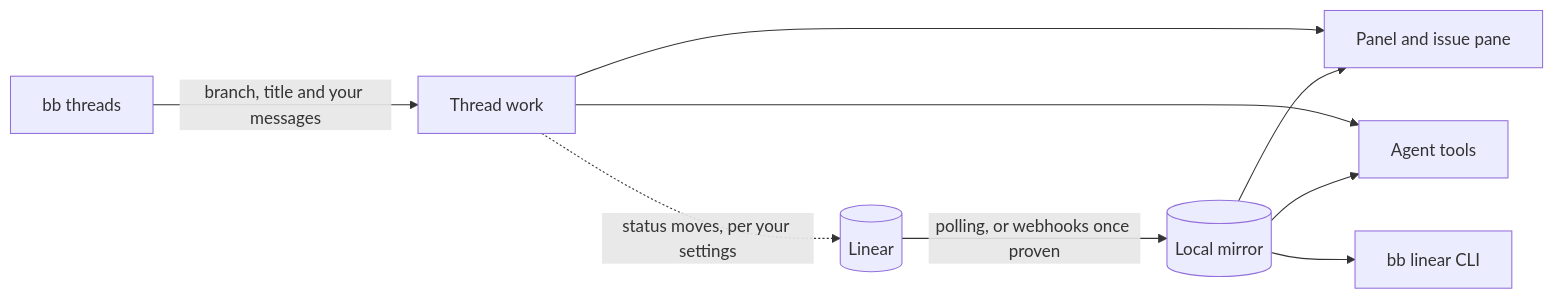
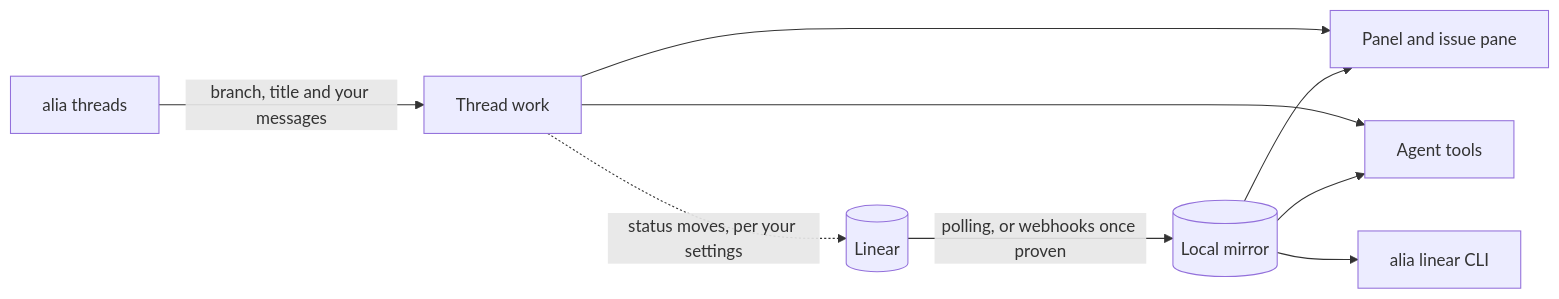
One commit to Vesnalia/vesnalia-plugins changed the diagram in plugins/linear/README.md. Above: the diagram before and after it, drawn with Mermaid. The commit also changed other lines of this file and 13306 other files, not shown here.

````diff
--- a/plugins/linear/README.md
+++ b/plugins/linear/README.md
@@ -222,11 +222,11 @@
 ```mermaid
 flowchart LR
   L[(Linear)] -- "polling, or webhooks once proven" --> M[(Local mirror)]
   M --> P[Panel and issue pane]
-  M --> C[bb linear CLI]
+  M --> C[alia linear CLI]
   M --> A[Agent tools]
-  T[bb threads] -- "branch, title and your messages" --> W[Thread work]
+  T[alia threads] -- "branch, title and your messages" --> W[Thread work]
   W --> P
   W --> A
   W -. "status moves, per your settings" .-> L
 ```
````
